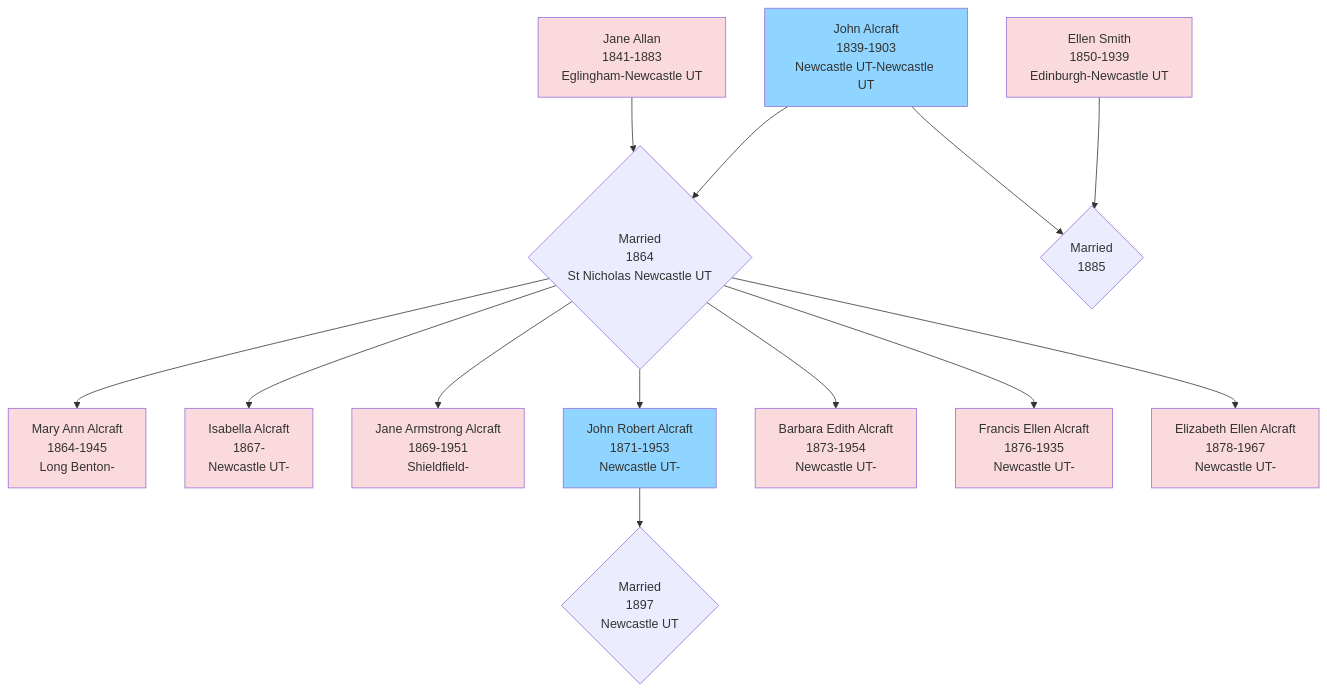
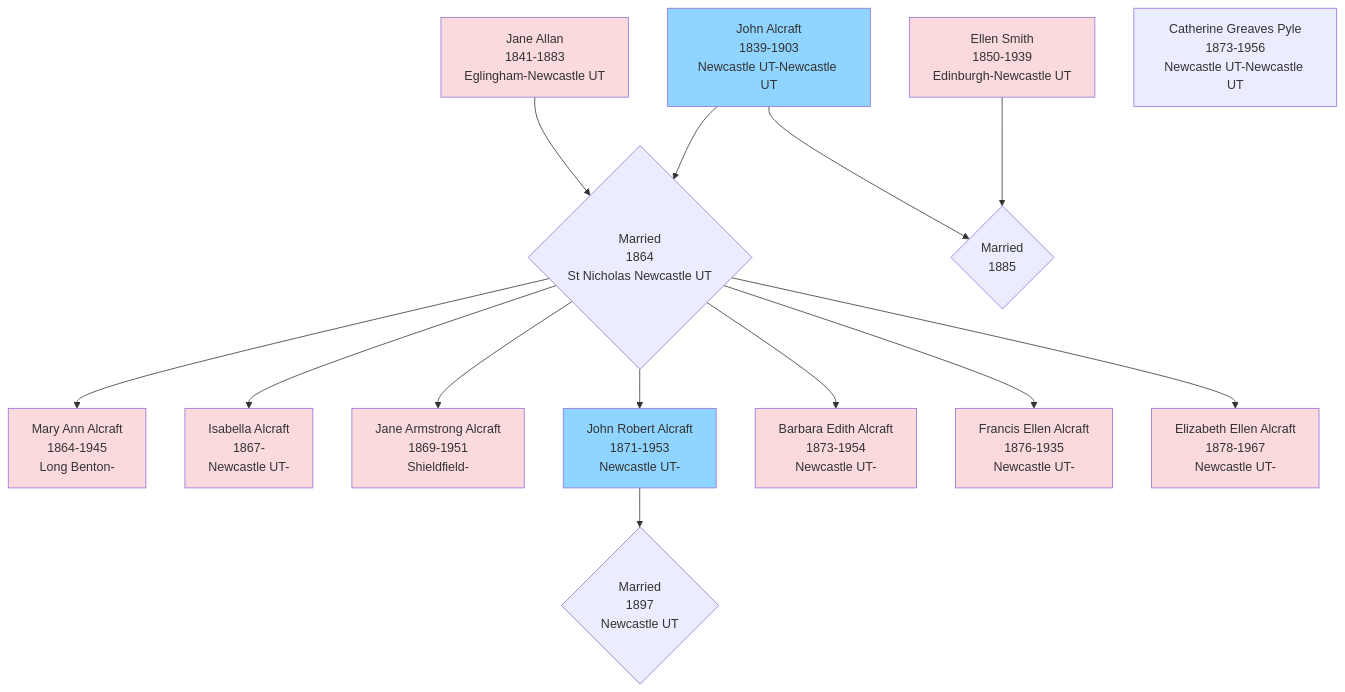
The diagram in docs/index.md (RachelAlcraft/family-tree), drawn with Mermaid before and after one commit.

````diff
--- a/docs/index.md
+++ b/docs/index.md
@@ -6,32 +6,33 @@
 ``` mermaid
 flowchart TD  
 JA1[John Alcraft\n1839-1903\nNewcastle UT-Newcastle UT] --> JAJA{Married\n1864\nSt Nicholas Newcastle UT};
 JA2[Jane Allan\n1841-1883\nEglingham-Newcastle UT] --> JAJA;
 ES[Ellen Smith\n1850-1939\nEdinburgh-Newcastle UT] --> JAES{Married\n1885};
 JA1 --> JAES
 JAJA -->MAA[Mary Ann Alcraft\n1864-1945\nLong Benton-];
 JAJA -->IA[Isabella Alcraft\n1867-\nNewcastle UT-];
 JAJA -->JAA[Jane Armstrong Alcraft\n1869-1951\nShieldfield-];
 JAJA -->JRA[John Robert Alcraft\n1871-1953\nNewcastle UT-];
 JAJA -->BEA[Barbara Edith Alcraft\n1873-1954\nNewcastle UT-];
 JAJA -->FEA[Francis Ellen Alcraft\n1876-1935\nNewcastle UT-];
 JAJA -->EEA[Elizabeth Ellen Alcraft\n1878-1967\nNewcastle UT-];
-JRA --> JRACGP{Married\n1897\nNewcastle UT}
+JRA --> JRACGP{Married\n1897\nNewcastle UT};
+CGP[Catherine Greaves Pyle\n1873-1956\nNewcastle UT-Newcastle UT];
 
 style JA1 fill:#90d5ff
 click JA1 "jones" "JA1"
 style JRA fill:#90d5ff
 
 style JA2 fill:#FADADD
 click JA2 "jones" "JA2"
 style ES fill:#FADADD
 style MAA fill:#FADADD
 style IA fill:#FADADD
 style JAA fill:#FADADD
 style BEA fill:#FADADD
 style FEA fill:#FADADD
 style EEA fill:#FADADD
 
 
 
 ```
````
